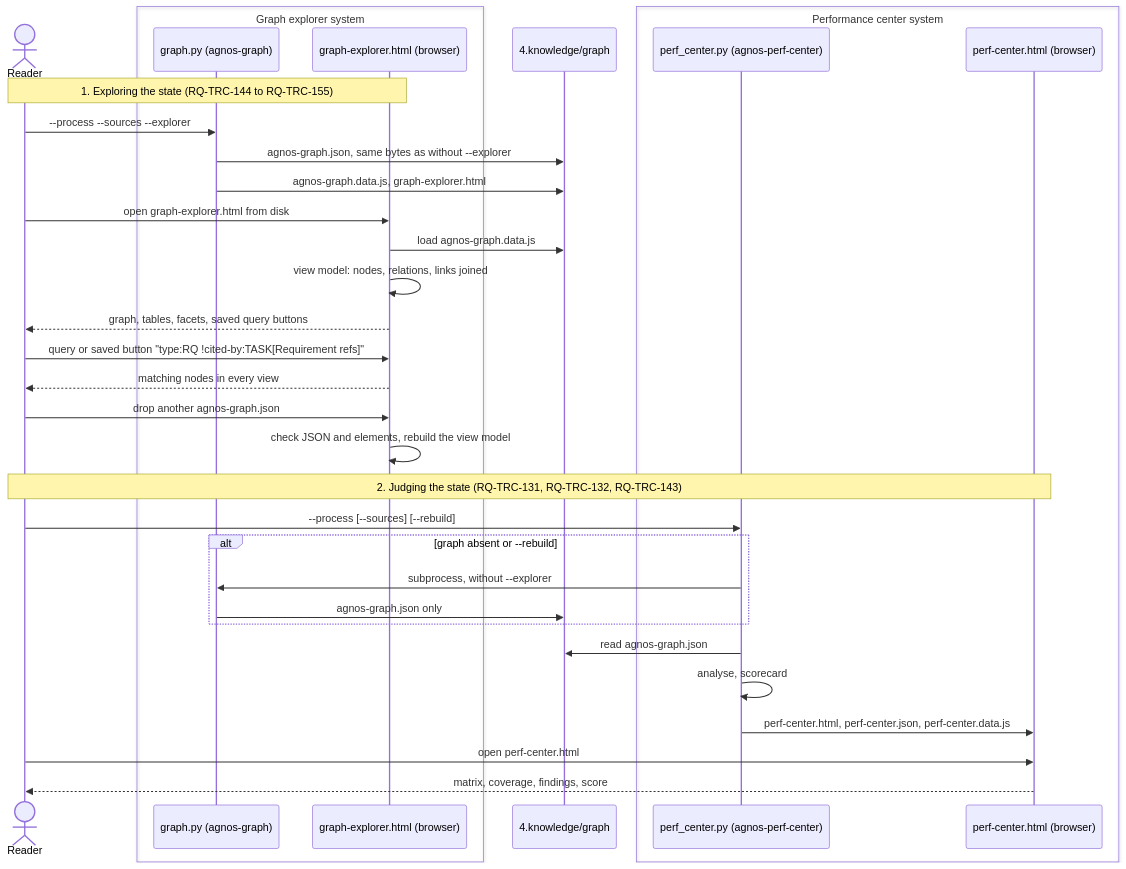
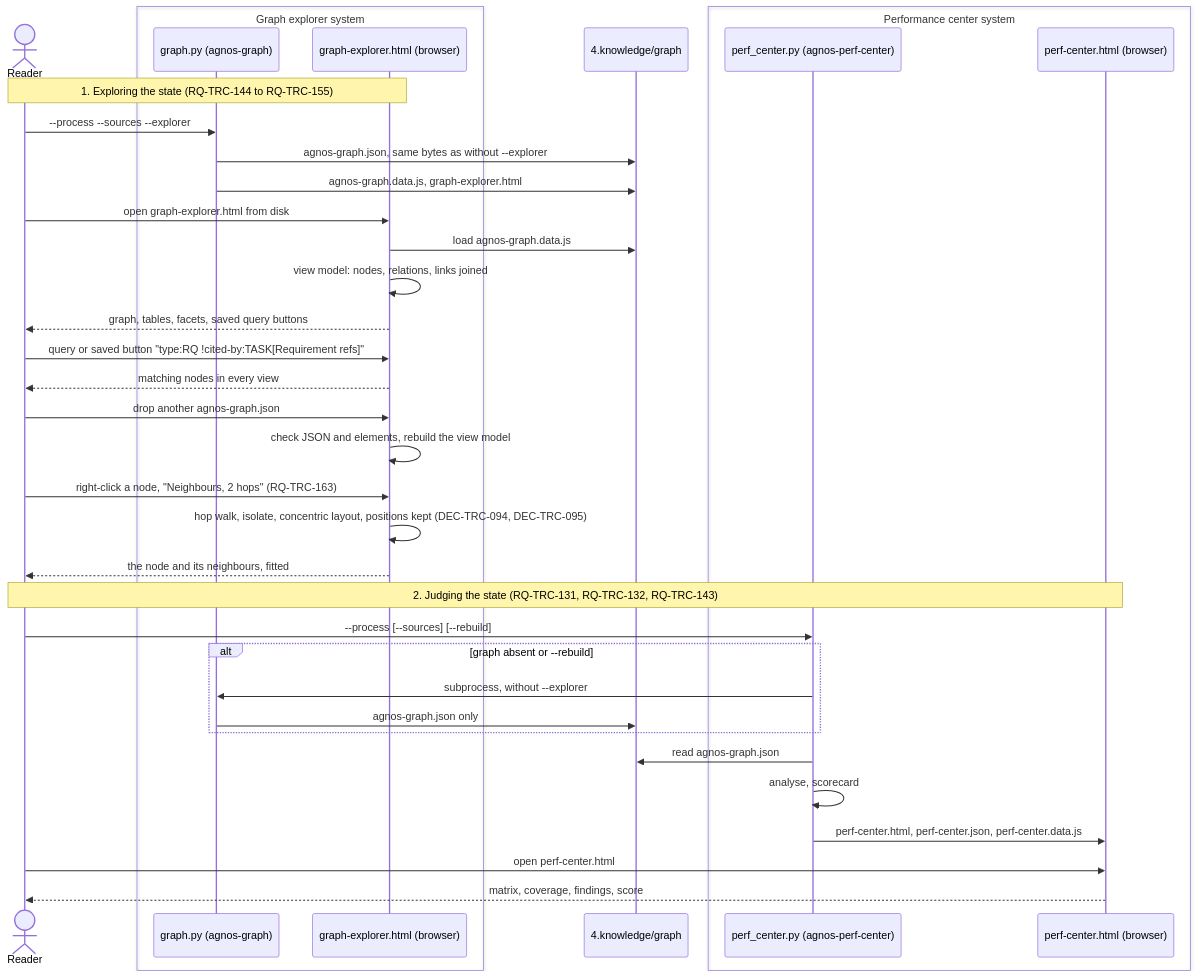
One commit to spashx/agnos changed the second of 2 diagrams in agnos-process/2.architecture/ADR-TRC-025-graph-explorer-page.md. Above: the diagram before and after it, drawn with Mermaid. The commit also changed other lines of this file and 3 other files, not shown here.

Commit message:
docs(TRC): ADR-TRC-025/TASK-TRC-139 explorer review: RQ-TRC-159 to RQ-TRC-165, DEC-TRC-094 and DEC-TRC-095, PLAN-TRC-027

````diff
--- a/agnos-process/2.architecture/ADR-TRC-025-graph-explorer-page.md
+++ b/agnos-process/2.architecture/ADR-TRC-025-graph-explorer-page.md
@@ -186,38 +199,41 @@
 ```mermaid
 sequenceDiagram
     actor R as Reader
     box Graph explorer system
         participant G as graph.py (agnos-graph)
         participant E as graph-explorer.html (browser)
     end
     participant F as 4.knowledge/graph
     box Performance center system
         participant P as perf_center.py (agnos-perf-center)
         participant C as perf-center.html (browser)
     end
 
     Note over R,E: 1. Exploring the state (RQ-TRC-144 to RQ-TRC-155)
     R->>G: --process --sources --explorer
     G->>F: agnos-graph.json, same bytes as without --explorer
     G->>F: agnos-graph.data.js, graph-explorer.html
     R->>E: open graph-explorer.html from disk
     E->>F: load agnos-graph.data.js
     E->>E: view model: nodes, relations, links joined
     E-->>R: graph, tables, facets, saved query buttons
     R->>E: query or saved button "type:RQ !cited-by:TASK[Requirement refs]"
     E-->>R: matching nodes in every view
     R->>E: drop another agnos-graph.json
     E->>E: check JSON and elements, rebuild the view model
+    R->>E: right-click a node, "Neighbours, 2 hops" (RQ-TRC-163)
+    E->>E: hop walk, isolate, concentric layout, positions kept (DEC-TRC-094, DEC-TRC-095)
+    E-->>R: the node and its neighbours, fitted
 
     Note over R,C: 2. Judging the state (RQ-TRC-131, RQ-TRC-132, RQ-TRC-143)
     R->>P: --process [--sources] [--rebuild]
     alt graph absent or --rebuild
         P->>G: subprocess, without --explorer
         G->>F: agnos-graph.json only
     end
     P->>F: read agnos-graph.json
     P->>P: analyse, scorecard
     P->>C: perf-center.html, perf-center.json, perf-center.data.js
     R->>C: open perf-center.html
     C-->>R: matrix, coverage, findings, score
 ```
````
